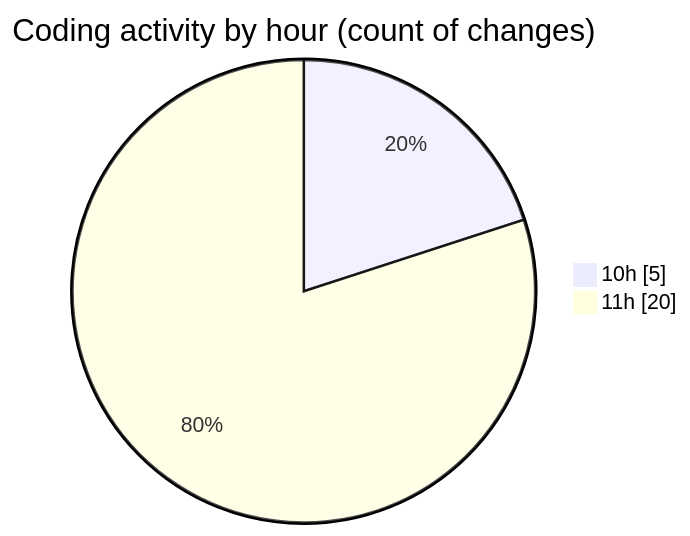
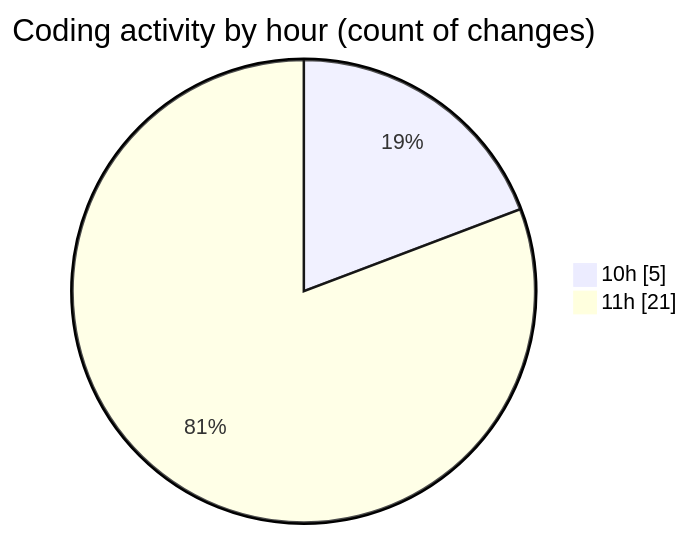
One commit to nxtqubesakshisongat/code-tracking changed the second of 2 diagrams in 2025-09-23/nxtqube_webapp/README.md. Above: the diagram before and after it, drawn with Mermaid. The commit also changed other lines of this file and 1 other file, not shown here.

````diff
--- a/2025-09-23/nxtqube_webapp/README.md
+++ b/2025-09-23/nxtqube_webapp/README.md
@@ -31,6 +32,6 @@
 ```mermaid
 pie showData
 title Coding activity by hour (count of changes)
 "10h" : 5
-"11h" : 20
+"11h" : 21
 ```
````
